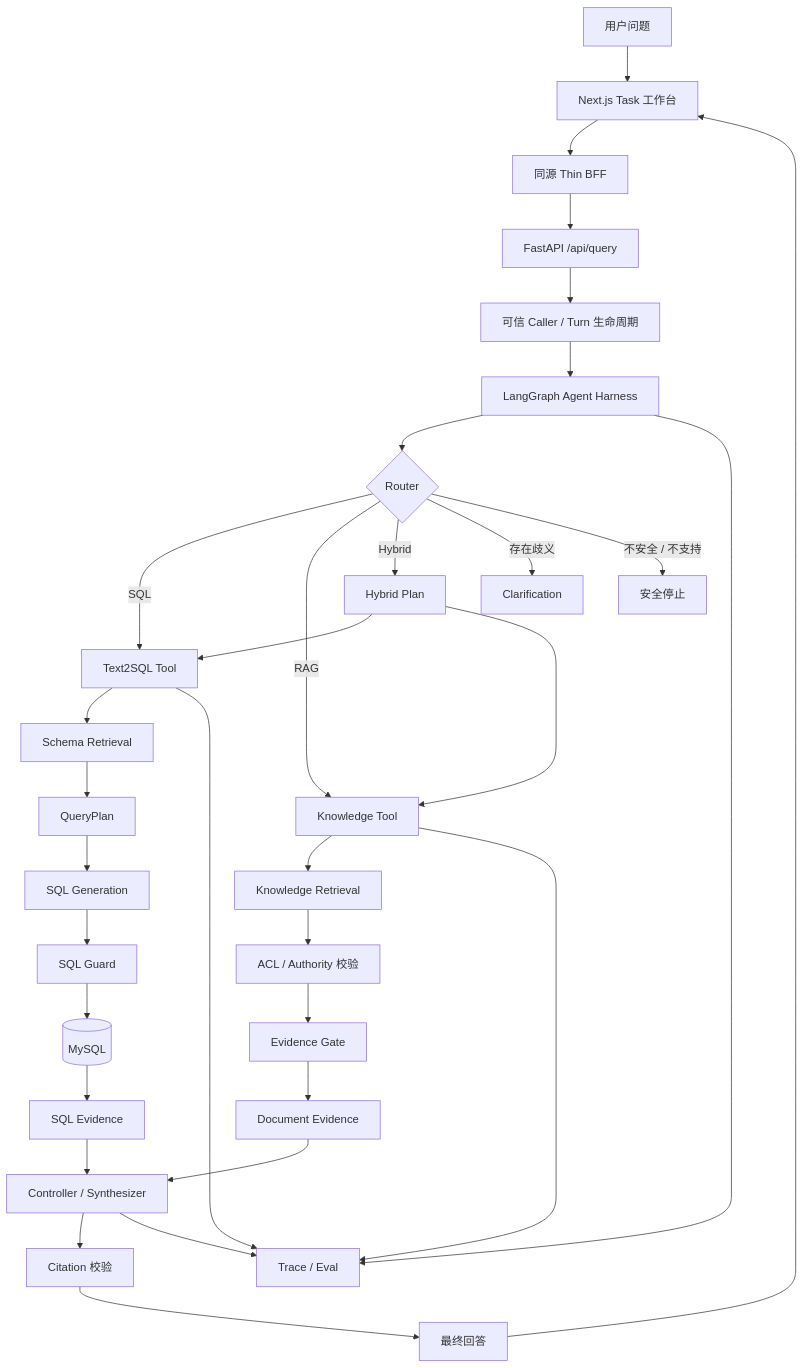
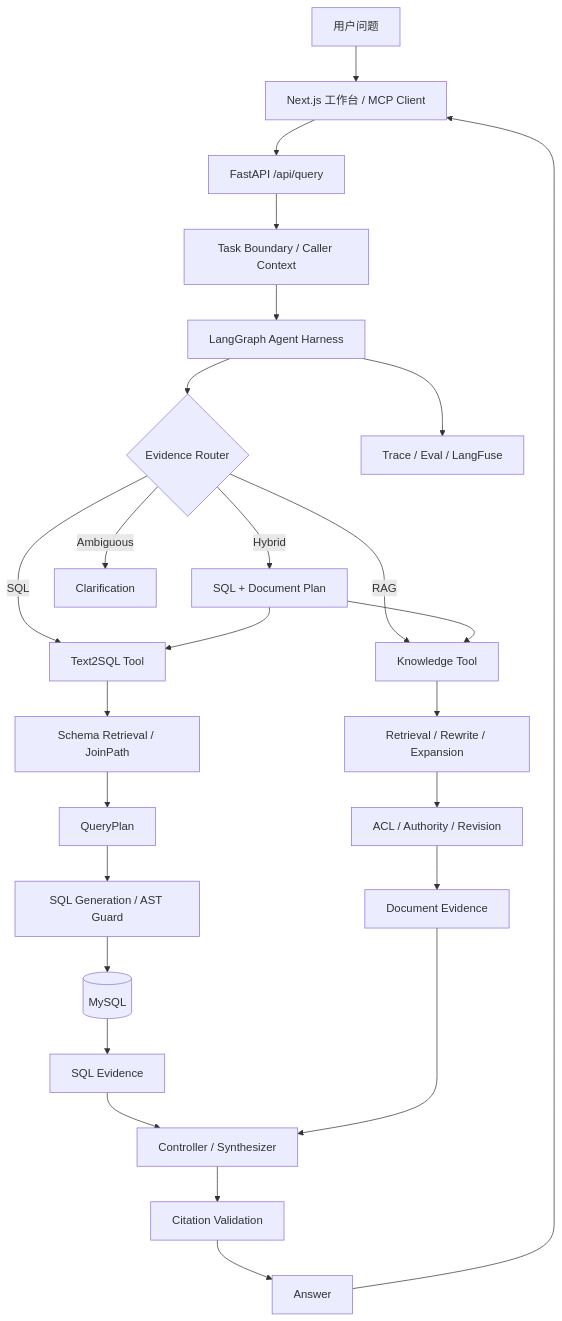
Before and after one commit to Stephen2366/data-pilot: the diagram in README.md, drawn with Mermaid. The commit also changed other lines of this file and 6 other files, not shown here.

````diff
--- a/README.md
+++ b/README.md
@@ -63,44 +21,33 @@
 ```mermaid
 flowchart TD
-    U[用户问题] --> WEB[Next.js Task 工作台]
-    WEB --> BFF[同源 Thin BFF]
-    BFF --> API[FastAPI /api/query]
+    U[用户问题] --> WEB[Next.js 工作台 / MCP Client]
+    WEB --> API[FastAPI /api/query]
+    API --> TASK[Task Boundary / Caller Context]
+    TASK --> GRAPH[LangGraph Agent Harness]
 
-    API --> C[可信 Caller / Turn 生命周期]
-    C --> G[LangGraph Agent Harness]
+    GRAPH --> ROUTER{Evidence Router}
+    ROUTER -->|SQL| SQL[Text2SQL Tool]
+    ROUTER -->|RAG| RAG[Knowledge Tool]
+    ROUTER -->|Hybrid| BOTH[SQL + Document Plan]
+    ROUTER -->|Ambiguous| CLARIFY[Clarification]
 
-    G --> R{Router}
-
-    R -->|SQL| ST[Text2SQL Tool]
-    R -->|RAG| KT[Knowledge Tool]
-    R -->|Hybrid| HT[Hybrid Plan]
-    R -->|存在歧义| CL[Clarification]
-    R -->|不安全 / 不支持| STOP[安全停止]
-
-    ST --> SR[Schema Retrieval]
-    SR --> QP[QueryPlan]
-    QP --> SG[SQL Generation]
-    SG --> GUARD[SQL Guard]
+    SQL --> SCHEMA[Schema Retrieval / JoinPath]
+    SCHEMA --> PLAN[QueryPlan]
+    PLAN --> GUARD[SQL Generation / AST Guard]
     GUARD --> DB[(MySQL)]
     DB --> SE[SQL Evidence]
 
-    KT --> KR[Knowledge Retrieval]
-    KR --> ACL[ACL / Authority 校验]
-    ACL --> EG[Evidence Gate]
-    EG --> DE[Document Evidence]
+    RAG --> SEARCH[Retrieval / Rewrite / Expansion]
+    SEARCH --> ACL[ACL / Authority / Revision]
+    ACL --> DE[Document Evidence]
 
-    HT --> ST
-    HT --> KT
-
+    BOTH --> SQL
+    BOTH --> RAG
     SE --> CTRL[Controller / Synthesizer]
     DE --> CTRL
+    CTRL --> CITE[Citation Validation]
+    CITE --> ANSWER[Answer]
 
-    CTRL --> CV[Citation 校验]
-    CV --> A[最终回答]
-    A --> WEB
-
-    G --> TRACE[Trace / Eval]
-    ST --> TRACE
-    KT --> TRACE
-    CTRL --> TRACE
+    GRAPH --> TRACE[Trace / Eval / LangFuse]
+    ANSWER --> WEB
 ```
````
